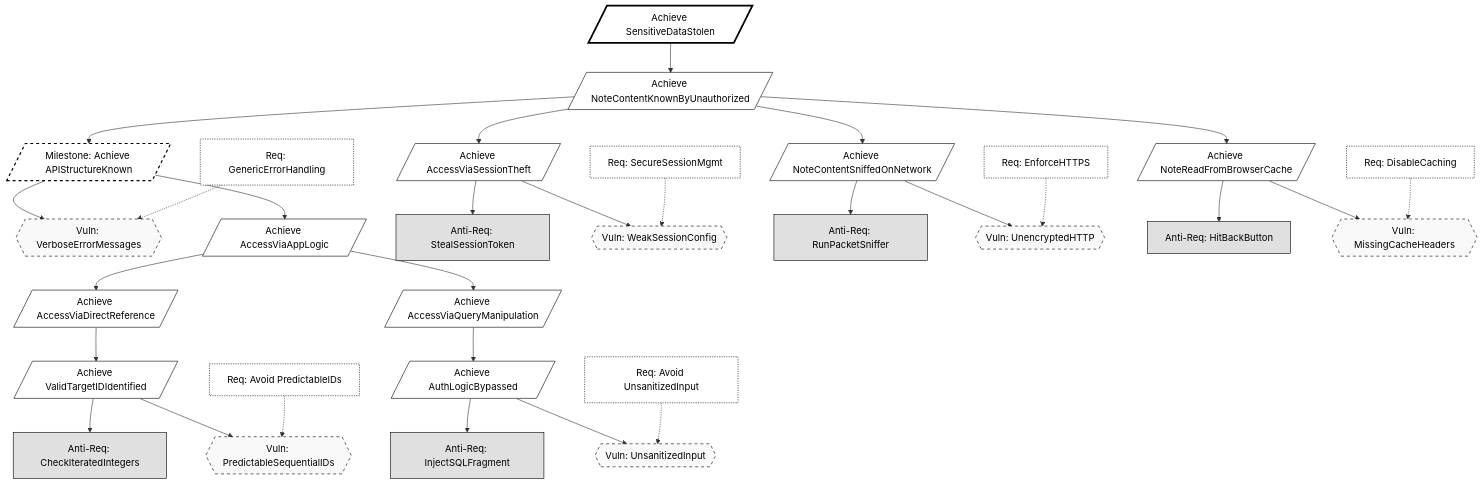
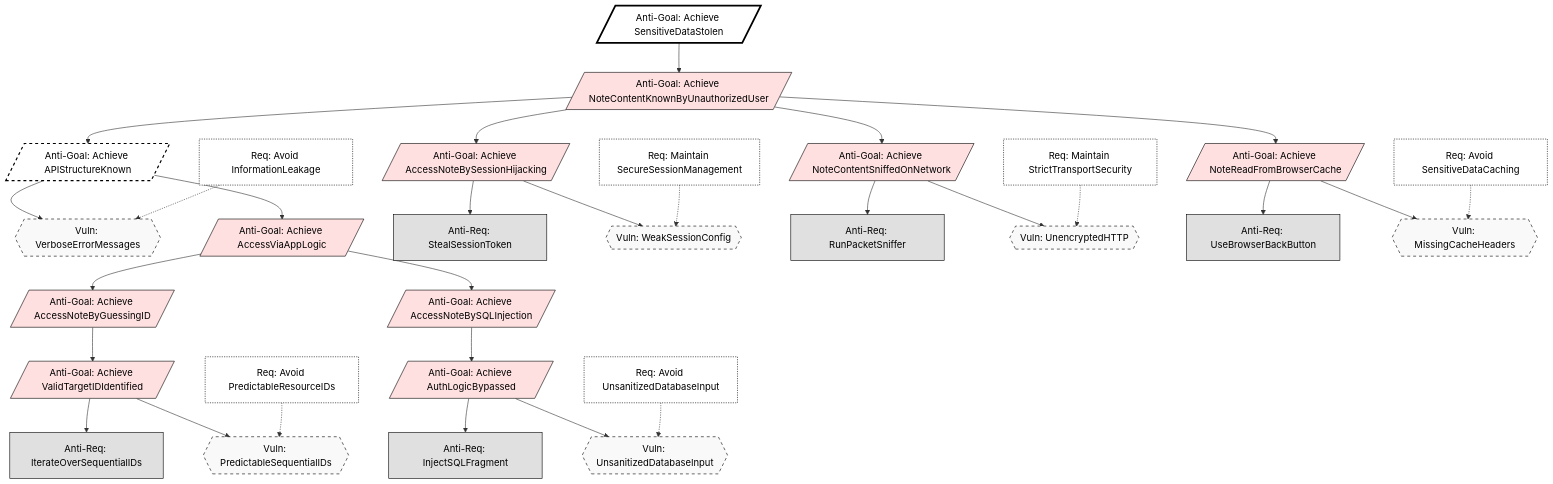
Before and after one commit to StefanB07/Secure-Notes-App: the first of 3 diagrams in KAOS.md, drawn with Mermaid. The commit also changed other lines of this file and 6 other files, not shown here.

Commit message:
Code for threat F modified and added testing for threat F. Also modified threat G for the code to reflect the note locking mechanism logic better (and added a cancel button)

````diff
--- a/KAOS.md
+++ b/KAOS.md
@@ -89,6 +112,7 @@
     classDef root fill:#fff,stroke:#000,stroke-width:3px,color:#000;
     classDef goal fill:#fff,stroke:#000,stroke-width:1px,color:#000;
     classDef milestone fill:#fff,stroke:#000,stroke-width:2px,stroke-dasharray: 5 5,color:#000;
+    classDef antiGoal fill:#ffe0e0,stroke:#000,stroke-width:1px,color:#000;
     classDef antiReq fill:#e0e0e0,stroke:#000,stroke-width:1px,color:#000;
     classDef vuln fill:#f9f9f9,stroke:#000,stroke-width:1px,stroke-dasharray: 5 5,color:#000;
     classDef cm fill:#fff,stroke:#000,stroke-width:1px,stroke-dasharray: 2 2,color:#000;
@@ -96,62 +120,62 @@
     %% ==========================================
     %% STRATEGIC ROOTS
     %% ==========================================
-    AG_L1[/Achieve SensitiveDataStolen/]:::root
-    AG_L2[/Achieve NoteContentKnownByUnauthorized/]:::goal
+    AG_L1[/Anti-Goal: Achieve SensitiveDataStolen/]:::root
+    AG_L2[/Anti-Goal: Achieve NoteContentKnownByUnauthorizedUser/]:::antiGoal
     AG_L1 --> AG_L2
 
     %% ==========================================
     %% THREAT F: RECONNAISSANCE (The Milestone)
     %% ==========================================
-    AG_Milestone[/Milestone: Achieve APIStructureKnown/]:::milestone
+    AG_Milestone[/Anti-Goal: Achieve APIStructureKnown/]:::milestone
     AG_L2 --> AG_Milestone
 
     Vuln_Verbose{{Vuln: VerboseErrorMessages}}:::vuln
     AG_Milestone --> Vuln_Verbose
     
-    CM_Errors[Req: GenericErrorHandling]:::cm
+    CM_Errors[Req: Avoid InformationLeakage]:::cm
     CM_Errors -.-> Vuln_Verbose
 
     %% ==========================================
     %% THREATS A & B: APPLICATION LOGIC ATTACKS
     %% ==========================================
-    AG_AppLogic[/Achieve AccessViaAppLogic/]:::goal
+    AG_AppLogic[/Anti-Goal: Achieve AccessViaAppLogic/]:::antiGoal
     AG_Milestone --> AG_AppLogic
 
     %% --- THREAT A: ID GUESSING ---
-    AG_L4_Direct[/Achieve AccessViaDirectReference/]:::goal
+    AG_L4_Direct[/Anti-Goal: Achieve AccessNoteByGuessingID/]:::antiGoal
     AG_AppLogic --> AG_L4_Direct
 
-    AG_L5_Probe[/Achieve ValidTargetIDIdentified/]:::goal
+    AG_L5_Probe[/Anti-Goal: Achieve ValidTargetIDIdentified/]:::antiGoal
     AG_L4_Direct --> AG_L5_Probe
 
-    AR_Iterate[Anti-Req: CheckIteratedIntegers]:::antiReq
+    AR_Iterate[Anti-Req: IterateOverSequentialIDs]:::antiReq
     Vuln_SeqID{{Vuln: PredictableSequentialIDs}}:::vuln
     AG_L5_Probe --> AR_Iterate
     AG_L5_Probe --> Vuln_SeqID
     
-    CM_UUID[Req: Avoid PredictableIDs]:::cm
+    CM_UUID[Req: Avoid PredictableResourceIDs]:::cm
     CM_UUID -.-> Vuln_SeqID
 
     %% --- THREAT B: SQL INJECTION ---
-    AG_L4_Inject[/Achieve AccessViaQueryManipulation/]:::goal
+    AG_L4_Inject[/Anti-Goal: Achieve AccessNoteBySQLInjection/]:::antiGoal
     AG_AppLogic --> AG_L4_Inject
 
-    AG_L5_Bypass[/Achieve AuthLogicBypassed/]:::goal
+    AG_L5_Bypass[/Anti-Goal: Achieve AuthLogicBypassed/]:::antiGoal
     AG_L4_Inject --> AG_L5_Bypass
 
     AR_SQL[Anti-Req: InjectSQLFragment]:::antiReq
-    Vuln_Sanity{{Vuln: UnsanitizedInput}}:::vuln
+    Vuln_Sanity{{Vuln: UnsanitizedDatabaseInput}}:::vuln
     AG_L5_Bypass --> AR_SQL
     AG_L5_Bypass --> Vuln_Sanity
 
-    CM_JPA[Req: Avoid UnsanitizedInput]:::cm
+    CM_JPA[Req: Avoid UnsanitizedDatabaseInput]:::cm
     CM_JPA -.-> Vuln_Sanity
 
     %% ==========================================
     %% THREAT C: SESSION HIJACKING
     %% ==========================================
-    AG_Hijack[/Achieve AccessViaSessionTheft/]:::goal
+    AG_Hijack[/Anti-Goal: Achieve AccessNoteBySessionHijacking/]:::antiGoal
     AG_L2 --> AG_Hijack
 
     AR_Steal[Anti-Req: StealSessionToken]:::antiReq
@@ -159,13 +183,13 @@
     AG_Hijack --> AR_Steal
     AG_Hijack --> Vuln_Sess
 
-    CM_SecureSess[Req: SecureSessionMgmt]:::cm
+    CM_SecureSess[Req: Maintain SecureSessionManagement]:::cm
     CM_SecureSess -.-> Vuln_Sess
 
     %% ==========================================
     %% THREAT D: NETWORK SNIFFING (Infrastructure)
     %% ==========================================
-    AG_Network[/Achieve NoteContentSniffedOnNetwork/]:::goal
+    AG_Network[/Anti-Goal: Achieve NoteContentSniffedOnNetwork/]:::antiGoal
     AG_L2 --> AG_Network
 
     AR_Sniff[Anti-Req: RunPacketSniffer]:::antiReq
@@ -173,21 +197,20 @@
     AG_Network --> AR_Sniff
     AG_Network --> Vuln_HTTP
 
-    %% This link was fixed below (Changed Vuln_HTTPS to Vuln_HTTP)
-    CM_HTTPS[Req: EnforceHTTPS]:::cm
+    CM_HTTPS[Req: Maintain StrictTransportSecurity]:::cm
     CM_HTTPS -.-> Vuln_HTTP
 
     %% ==========================================
     %% THREAT E: CLIENT-SIDE CACHING
     %% ==========================================
-    AG_Client[/Achieve NoteReadFromBrowserCache/]:::goal
+    AG_Client[/Anti-Goal: Achieve NoteReadFromBrowserCache/]:::antiGoal
     AG_L2 --> AG_Client
 
-    AR_Back[Anti-Req: HitBackButton]:::antiReq
+    AR_Back[Anti-Req: UseBrowserBackButton]:::antiReq
     Vuln_Cache{{Vuln: MissingCacheHeaders}}:::vuln
     AG_Client --> AR_Back
     AG_Client --> Vuln_Cache
 
-    CM_NoCache[Req: DisableCaching]:::cm
+    CM_NoCache[Req: Avoid SensitiveDataCaching]:::cm
     CM_NoCache -.-> Vuln_Cache  
 ```
````
